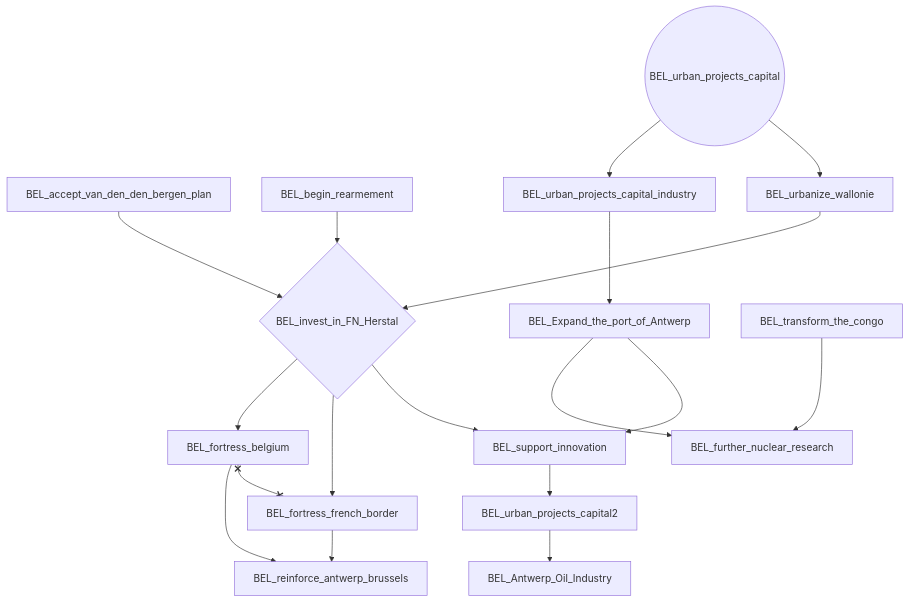
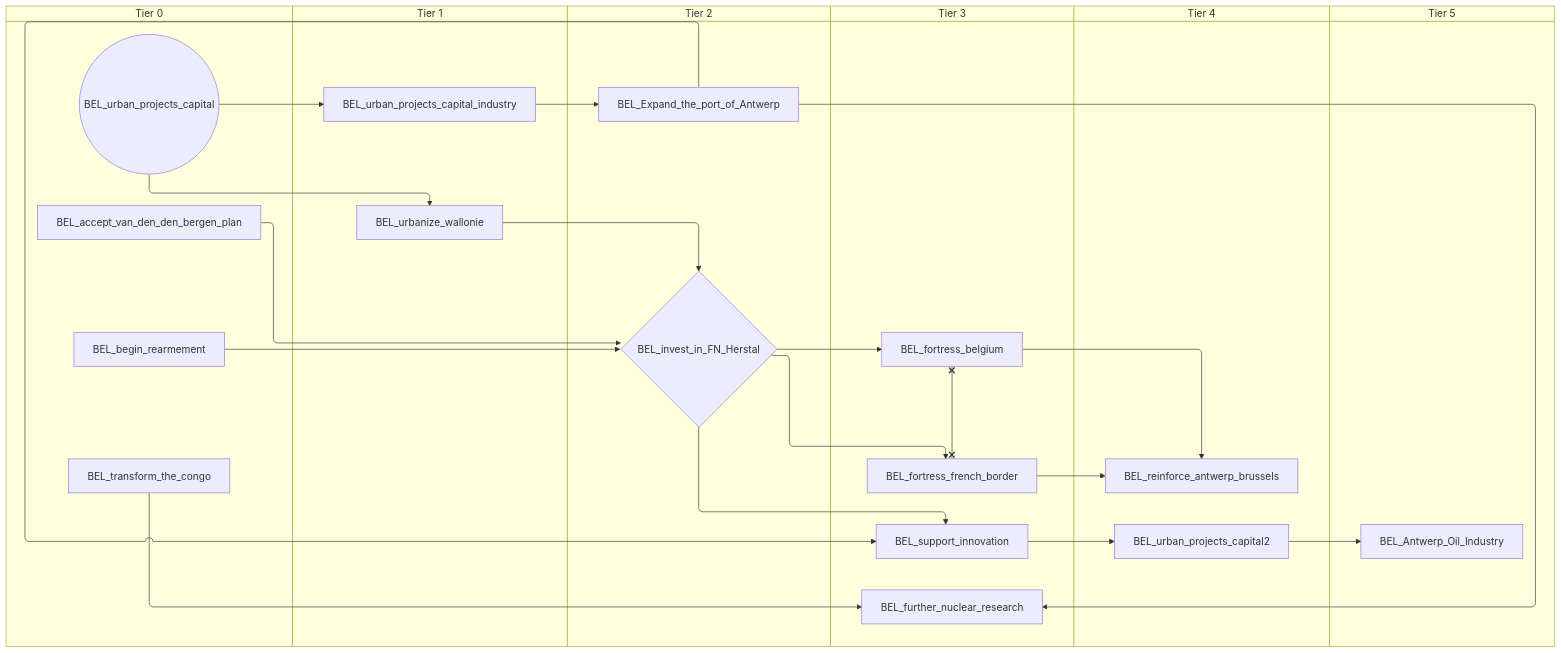
Diagram 12 of 13 in docs/gdd/National Focuses/r56/r56_belgium.md (evgeny-sobol/hoi4-sandbox-mode-r56), drawn with Mermaid before and after one commit. The commit also changed other lines of this file and 423 other files, not shown here.

First line of the commit message:
Re-export Rt56 focus trees as swimlane diagrams

````diff
--- a/docs/gdd/National Focuses/r56/r56_belgium.md
+++ b/docs/gdd/National Focuses/r56/r56_belgium.md
@@ -559,35 +679,47 @@
 ```mermaid
-flowchart TD
-    n15["BEL_Antwerp_Oil_Industry"]
-    n1["BEL_Expand_the_port_of_Antwerp"]
-    n16["BEL_accept_van_den_den_bergen_plan"]
-    n17["BEL_begin_rearmement"]
-    n26["BEL_fortress_belgium"]
-    n27["BEL_fortress_french_border"]
-    n5["BEL_further_nuclear_research"]
-    n28{"BEL_invest_in_FN_Herstal"}
-    n37["BEL_reinforce_antwerp_brussels"]
-    n41["BEL_support_innovation"]
-    n12["BEL_transform_the_congo"]
-    n121(("BEL_urban_projects_capital"))
-    n42["BEL_urban_projects_capital2"]
-    n122["BEL_urban_projects_capital_industry"]
-    n43["BEL_urbanize_wallonie"]
-    n42 --> n15
+swimlane-beta TD
+    subgraph tier_0["Tier 0"]
+        n15["BEL_accept_van_den_den_bergen_plan"]
+        n16["BEL_begin_rearmement"]
+        n6["BEL_transform_the_congo"]
+        n121(("BEL_urban_projects_capital"))
+    end
+    subgraph tier_1["Tier 1"]
+        n122["BEL_urban_projects_capital_industry"]
+        n17["BEL_urbanize_wallonie"]
+    end
+    subgraph tier_2["Tier 2"]
+        n1["BEL_Expand_the_port_of_Antwerp"]
+        n20{"BEL_invest_in_FN_Herstal"}
+    end
+    subgraph tier_3["Tier 3"]
+        n25["BEL_fortress_belgium"]
+        n26["BEL_fortress_french_border"]
+        n8["BEL_further_nuclear_research"]
+        n30["BEL_support_innovation"]
+    end
+    subgraph tier_4["Tier 4"]
+        n35["BEL_reinforce_antwerp_brussels"]
+        n36["BEL_urban_projects_capital2"]
+    end
+    subgraph tier_5["Tier 5"]
+        n37["BEL_Antwerp_Oil_Industry"]
+    end
+    n36 --> n37
     n122 --> n1
-    n28 --> n26
-    n28 --> n27
-    n12 --> n5
-    n1 --> n5
-    n43 --> n28
-    n17 --> n28
-    n16 --> n28
-    n26 --> n37
-    n27 --> n37
-    n1 --> n41
-    n28 --> n41
-    n41 --> n42
+    n20 --> n25
+    n20 --> n26
+    n6 --> n8
+    n1 --> n8
+    n17 --> n20
+    n16 --> n20
+    n15 --> n20
+    n25 --> n35
+    n26 --> n35
+    n1 --> n30
+    n20 --> n30
+    n30 --> n36
     n121 --> n122
-    n121 --> n43
-    n26 x--x n27
+    n121 --> n17
+    n25 x--x n26
 ```
````
